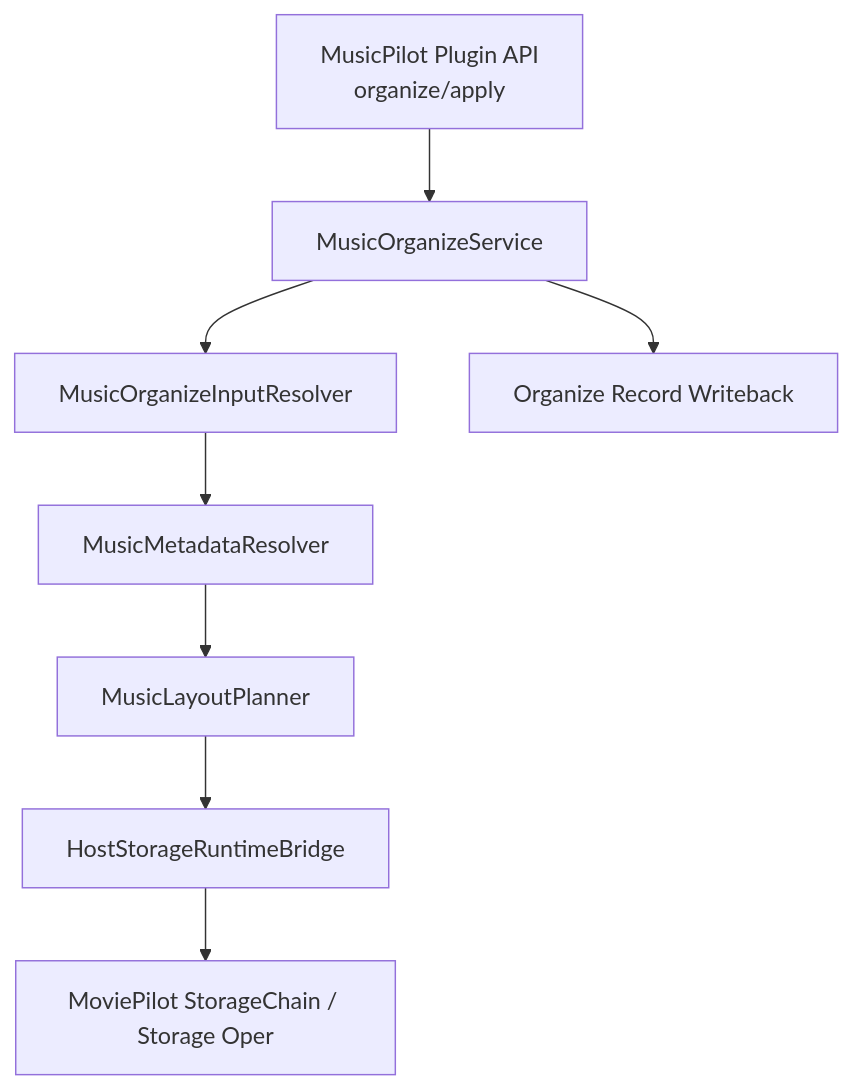
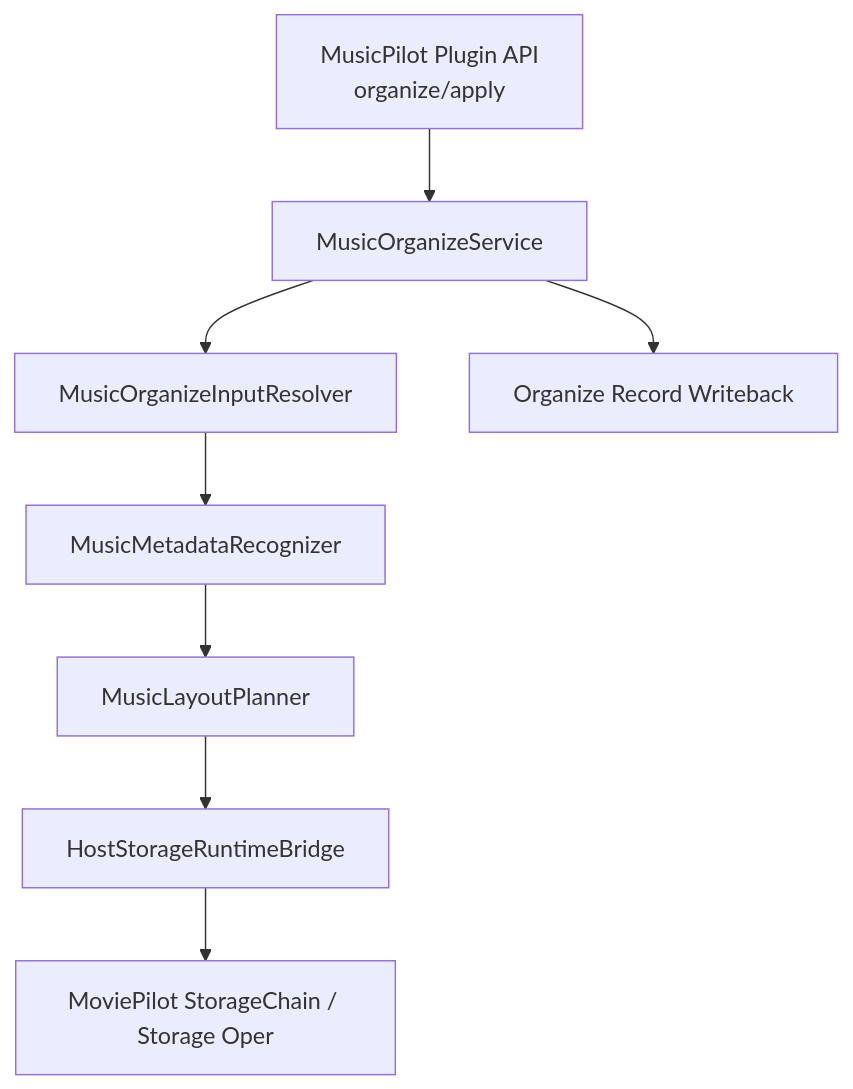
The diagram in docs/23_音乐文件整理技术设计与实现方案.md (hhyo/MusicPilot), drawn with Mermaid before and after one commit. The commit also changed other lines of this file and 11 other files, not shown here.

Commit message:
Rename music metadata recovery to recognition

````diff
--- a/docs/23_音乐文件整理技术设计与实现方案.md
+++ b/docs/23_音乐文件整理技术设计与实现方案.md
@@ -82,10 +82,10 @@
 ```mermaid
 flowchart TD
     A["MusicPilot Plugin API\norganize/apply"] --> B["MusicOrganizeService"]
     B --> C["MusicOrganizeInputResolver"]
-    C --> D["MusicMetadataResolver"]
+    C --> D["MusicMetadataRecognizer"]
     D --> E["MusicLayoutPlanner"]
     E --> F["HostStorageRuntimeBridge"]
     F --> G["MoviePilot StorageChain / Storage Oper"]
     B --> H["Organize Record Writeback"]
 ```
````
